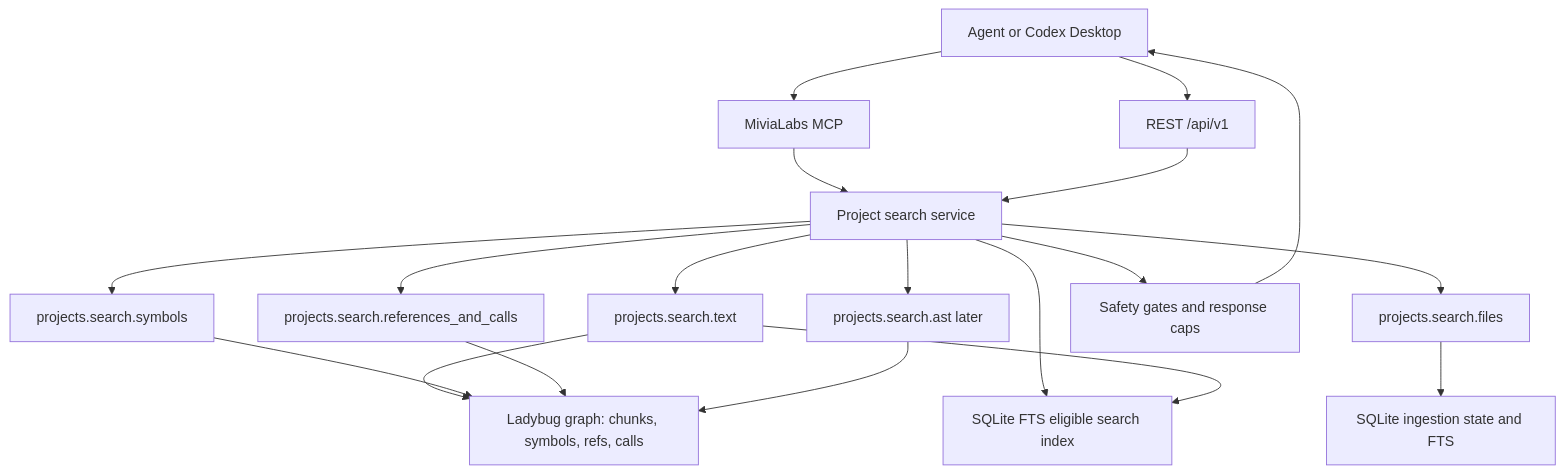
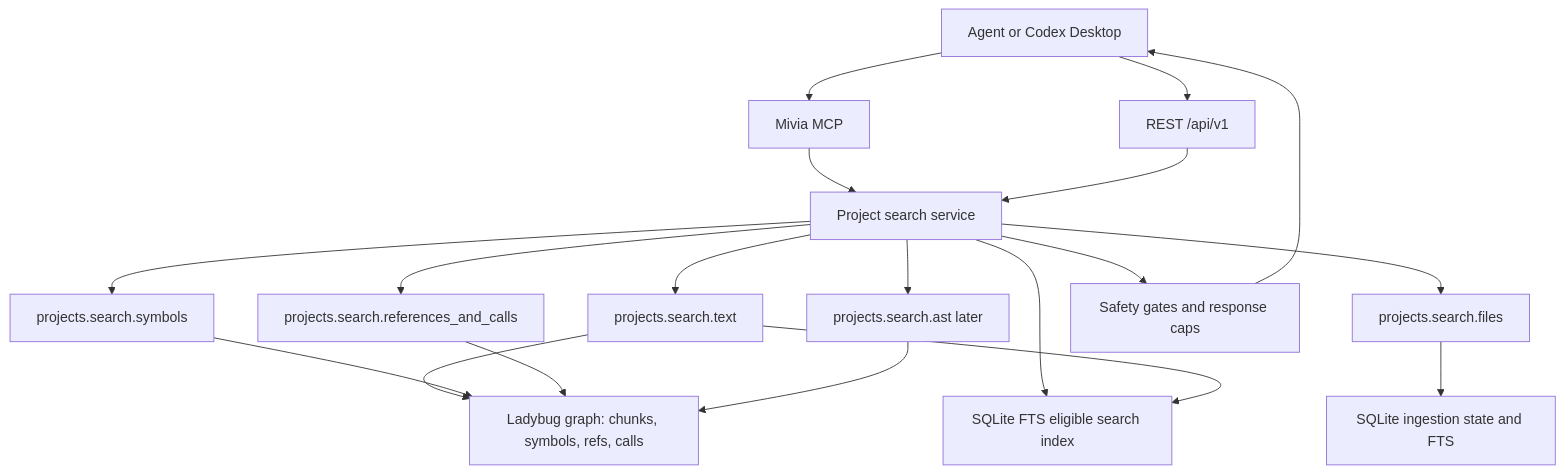
The diagram in docs/plans/2026-05-30-project-search-and-embedded-ast-search-plan.md (MiviaLabs/go-mivia), drawn with Mermaid before and after one commit. The commit also changed other lines of this file and 33 other files, not shown here.

````diff
--- a/docs/plans/2026-05-30-project-search-and-embedded-ast-search-plan.md
+++ b/docs/plans/2026-05-30-project-search-and-embedded-ast-search-plan.md
@@ -54,35 +54,35 @@
 ```mermaid
 flowchart TB
   Agent["Agent or Codex Desktop"]
-  MCP["MiviaLabs MCP"]
+  MCP["Mivia MCP"]
   REST["REST /api/v1"]
   Search["Project search service"]
   Text["projects.search.text"]
   Files["projects.search.files"]
   Symbols["projects.search.symbols"]
   Refs["projects.search.references_and_calls"]
   FTS["SQLite FTS eligible search index"]
   AST["projects.search.ast later"]
   Graph["Ladybug graph: chunks, symbols, refs, calls"]
   SQLite["SQLite ingestion state and FTS"]
   Safety["Safety gates and response caps"]
 
   Agent --> MCP
   Agent --> REST
   MCP --> Search
   REST --> Search
   Search --> Text
   Search --> Files
   Search --> Symbols
   Search --> Refs
   Search --> FTS
   Search --> AST
   Text --> Graph
   Text --> FTS
   Files --> SQLite
   Symbols --> Graph
   Refs --> Graph
   AST --> Graph
   Search --> Safety
   Safety --> Agent
 ```
````
